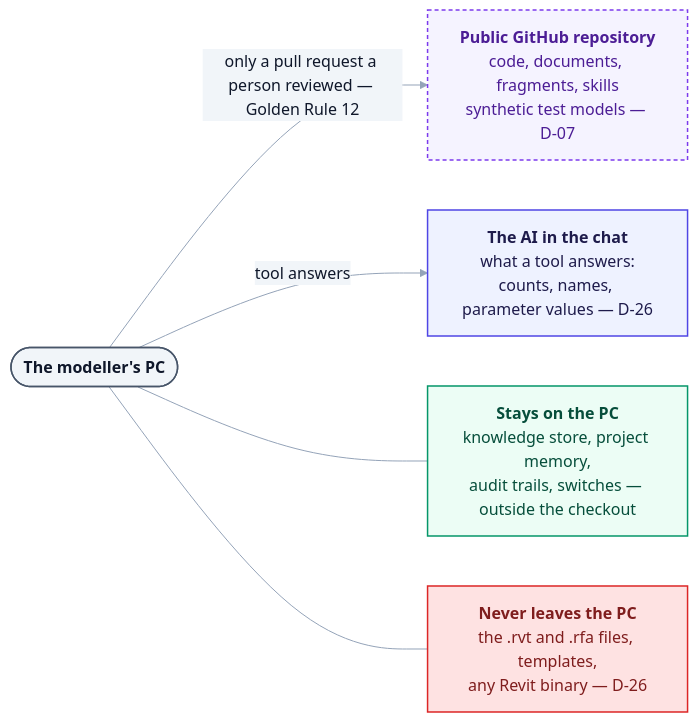
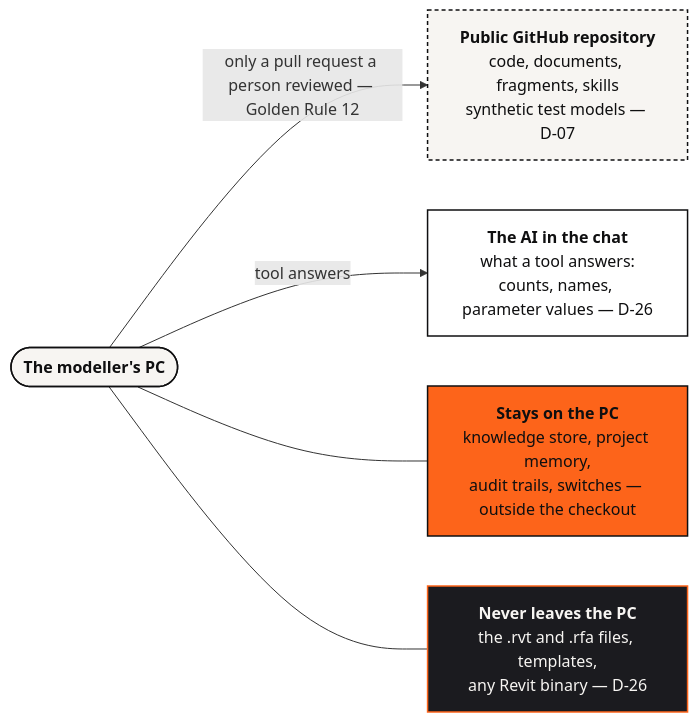
Before and after one commit to Ajmalpshaik/Heron-AI: the diagram in docs/17-open-source-and-distribution.md, drawn with Mermaid. The commit also changed 44 other files, not shown here.

First line of the commit message:
Diagrams in the other docs move to the brand palette (D-149, #1116)

````diff
--- a/docs/17-open-source-and-distribution.md
+++ b/docs/17-open-source-and-distribution.md
@@ -66,25 +66,24 @@
 ```mermaid
-%%{init: {"themeVariables": {"edgeLabelBackground":"#F1F5F9","lineColor":"#94A3B8","textColor":"#0F172A","tertiaryTextColor":"#0F172A"}}}%%
 flowchart LR
     PC(["<b>The modeller's PC</b>"])
     GH["<b>Public GitHub repository</b><br/>code, documents, fragments, skills<br/>synthetic test models — D-07"]
     AI["<b>The AI in the chat</b><br/>what a tool answers:<br/>counts, names, parameter values — D-26"]
     STAY["<b>Stays on the PC</b><br/>knowledge store, project memory,<br/>audit trails, switches — outside the checkout"]
     NEVER["<b>Never leaves the PC</b><br/>the .rvt and .rfa files, templates,<br/>any Revit binary — D-26"]
 
     PC -->|"only a pull request a person reviewed — Golden Rule 12"| GH
     PC -->|"tool answers"| AI
     PC --- STAY
     PC --- NEVER
 
-    classDef user fill:#F1F5F9,stroke:#475569,stroke-width:1.5px,color:#0F172A
-    classDef host fill:#EEF2FF,stroke:#4F46E5,stroke-width:1.5px,color:#1E1B4B
-    classDef brain fill:#ECFDF5,stroke:#059669,stroke-width:1.5px,color:#064E3B
-    classDef revit fill:#FEE2E2,stroke:#DC2626,stroke-width:1.5px,color:#7F1D1D
-    classDef plat fill:#F5F3FF,stroke:#7C3AED,stroke-width:1.5px,color:#4C1D95,stroke-dasharray:4 3
+    classDef user fill:#F7F5F2,stroke:#0F0F10,stroke-width:1.5px,color:#0F0F10
+    classDef host fill:#FFFFFF,stroke:#0F0F10,stroke-width:1.5px,color:#0F0F10
+    classDef brain fill:#FD641A,stroke:#0F0F10,stroke-width:1.5px,color:#0F0F10
+    classDef revit fill:#1B1B1F,stroke:#FD641A,stroke-width:1.5px,color:#F7F5F2
+    classDef plat fill:#F7F5F2,stroke:#0F0F10,stroke-width:1.5px,color:#0F0F10,stroke-dasharray:4 3
     class PC user
     class GH plat
     class AI host
     class STAY brain
     class NEVER revit
 ```
````
